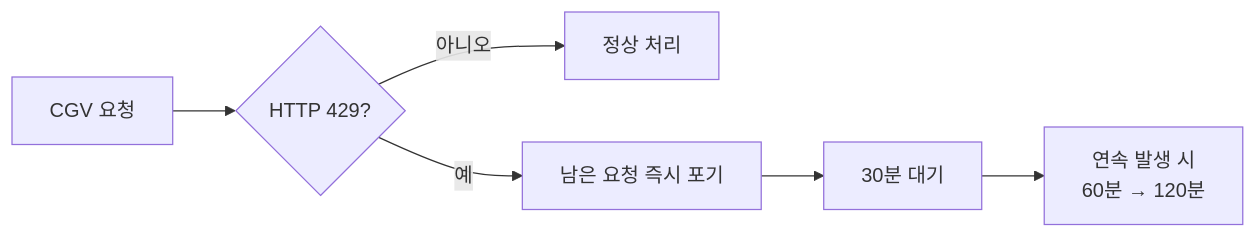
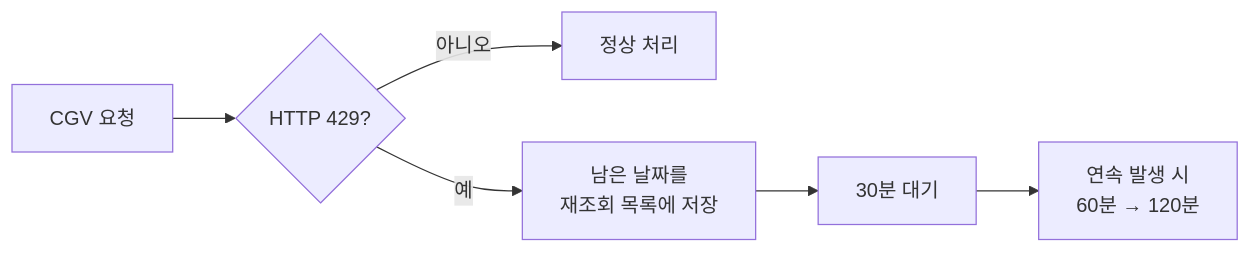
The second of 5 diagrams in docs/alert-flow.md (yuemyname/yongam-bot), drawn with Mermaid before and after one commit. The commit also changed other lines of this file and 3 other files, not shown here.

````diff
--- a/docs/alert-flow.md
+++ b/docs/alert-flow.md
@@ -34,8 +37,8 @@
 ```mermaid
 flowchart LR
     A[CGV 요청] --> B{HTTP 429?}
     B -->|아니오| C[정상 처리]
-    B -->|예| D[남은 요청 즉시 포기]
+    B -->|예| D[남은 날짜를<br/>재조회 목록에 저장]
     D --> E[30분 대기]
     E --> F[연속 발생 시<br/>60분 → 120분]
 ```
````
